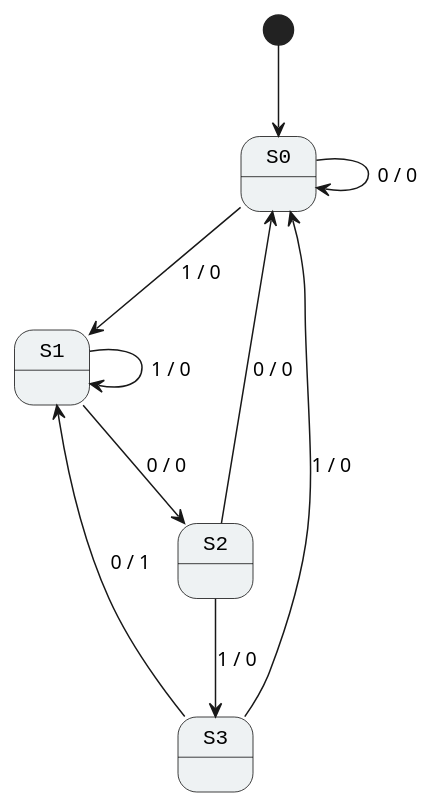
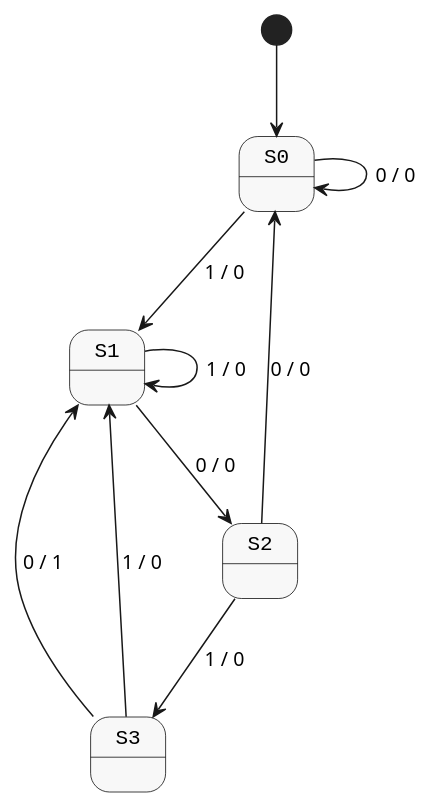
One commit to Vatnar/UIAOBSIDIAN changed the diagram in 25V/MA-180 Diskret Matematikk 1/FSM.md. Above: the diagram before and after it, drawn with PlantUML.

Commit message:
vault backup: 2025-04-09 15:29:57

````diff
--- a/25V/MA-180 Diskret Matematikk 1/FSM.md
+++ b/25V/MA-180 Diskret Matematikk 1/FSM.md
@@ -1,36 +1,29 @@
 ```plantuml
 @startuml
 skinparam state {
-  BackgroundColor #EEF2F3
+  BackgroundColor #F8F8F8
   BorderColor black
   FontName Courier
 }
 
 [*] --> S0
 
-state S0 {
-}
-
-state S1 {
-}
-
-state S2 {
-}
-
-state S3 {
-}
+state S0
+state S1
+state S2
+state S3
 
 S0 --> S1 : 1 / 0
 S0 --> S0 : 0 / 0
 
 S1 --> S2 : 0 / 0
 S1 --> S1 : 1 / 0
 
 S2 --> S3 : 1 / 0
 S2 --> S0 : 0 / 0
 
 S3 --> S1 : 0 / 1
-S3 --> S0 : 1 / 0
+S3 --> S1 : 1 / 0
 @enduml
 
 ```
````
